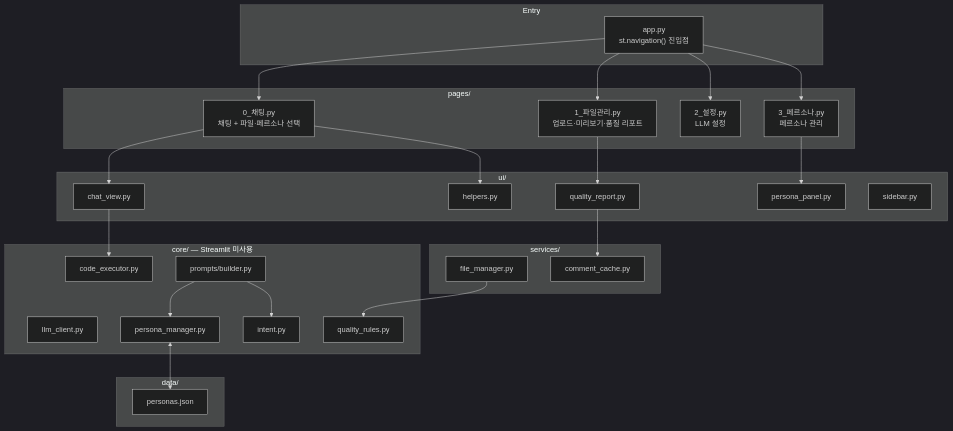
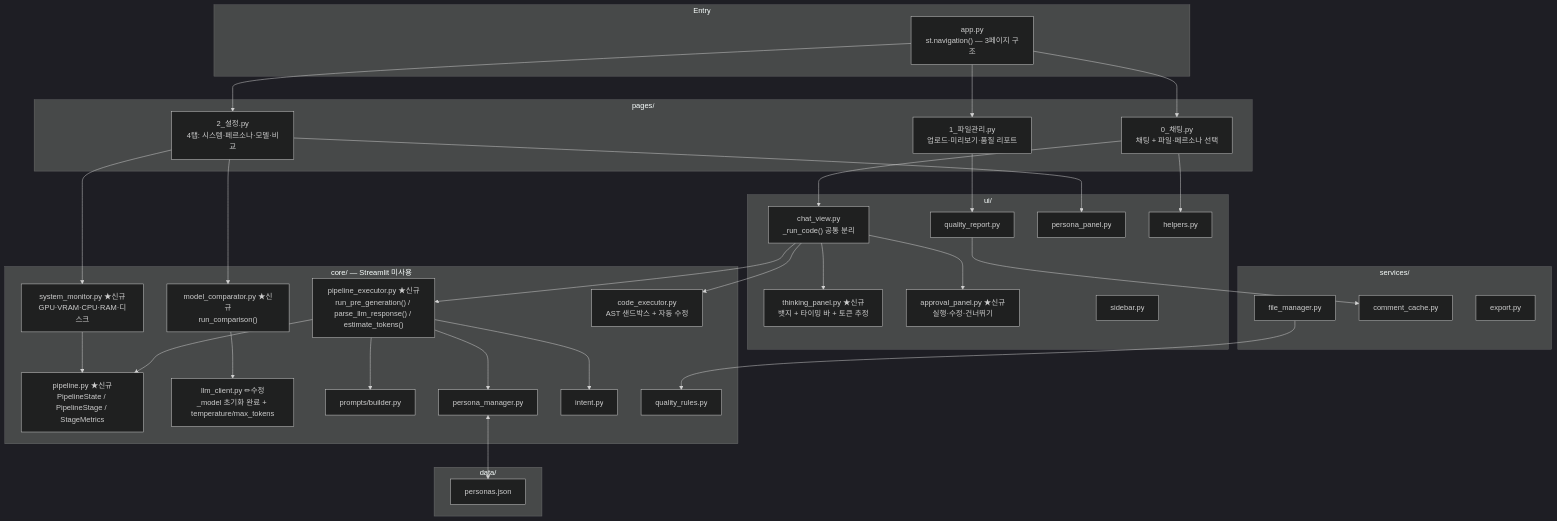
Before and after one commit to sayoon01/excel-ai-agent: the first of 3 diagrams in CODE_REVIEW.md, drawn with Mermaid (dark theme). The commit also changed other lines of this file and 15 other files, not shown here.

````diff
--- a/CODE_REVIEW.md
+++ b/CODE_REVIEW.md
@@ -10,49 +11,57 @@
 ```mermaid
 graph TD
     subgraph Entry
-        APP["app.py\nst.navigation() 진입점"]
+        APP["app.py\nst.navigation() — 3페이지 구조"]
     end
 
     subgraph Pages["pages/"]
         P0["0_채팅.py\n채팅 + 파일·페르소나 선택"]
         P1["1_파일관리.py\n업로드·미리보기·품질 리포트"]
-        P2["2_설정.py\nLLM 설정"]
-        P3["3_페르소나.py\n페르소나 관리"]
+        P2["2_설정.py\n4탭: 시스템·페르소나·모델·비교"]
     end
 
     subgraph UI["ui/"]
-        HLP["helpers.py"]
-        CHV["chat_view.py"]
+        CHV["chat_view.py\n_run_code() 공통 분리"]
+        TP["thinking_panel.py ★신규\n뱃지 + 타이밍 바 + 토큰 추정"]
+        AP["approval_panel.py ★신규\n실행·수정·건너뛰기"]
         QR["quality_report.py"]
         PP["persona_panel.py"]
         SB["sidebar.py"]
+        HLP["helpers.py"]
     end
 
     subgraph Core["core/ — Streamlit 미사용"]
-        LC["llm_client.py"]
-        CE["code_executor.py"]
+        PL["pipeline.py ★신규\nPipelineState / PipelineStage / StageMetrics"]
+        PE["pipeline_executor.py ★신규\nrun_pre_generation() / parse_llm_response() / estimate_tokens()"]
+        SM["system_monitor.py ★신규\nGPU·VRAM·CPU·RAM·디스크"]
+        MC["model_comparator.py ★신규\nrun_comparison()"]
+        LC["llm_client.py ✏수정\n_model 초기화 완료 + temperature/max_tokens"]
+        CE["code_executor.py\nAST 샌드박스 + 자동 수정"]
         BD["prompts/builder.py"]
         PM["persona_manager.py"]
+        IT["intent.py"]
         QU["quality_rules.py"]
-        IT["intent.py"]
     end
 
     subgraph Svc["services/"]
         FM["file_manager.py"]
         CC["comment_cache.py"]
+        EX["export.py"]
     end
 
     subgraph Data["data/"]
         PJ["personas.json"]
     end
 
-    APP --> P0 & P1 & P2 & P3
+    APP --> P0 & P1 & P2
     P0 --> CHV & HLP
     P1 --> QR
-    P3 --> PP
-    CHV --> CE
-    BD --> PM & IT
+    P2 --> PP & SM & MC
+    CHV --> PE & AP & TP & CE
+    PE --> PL & BD & IT & PM
+    SM --> PL
+    MC --> LC
     PM <--> PJ
     QR --> CC
     FM --> QU
 ```
````
